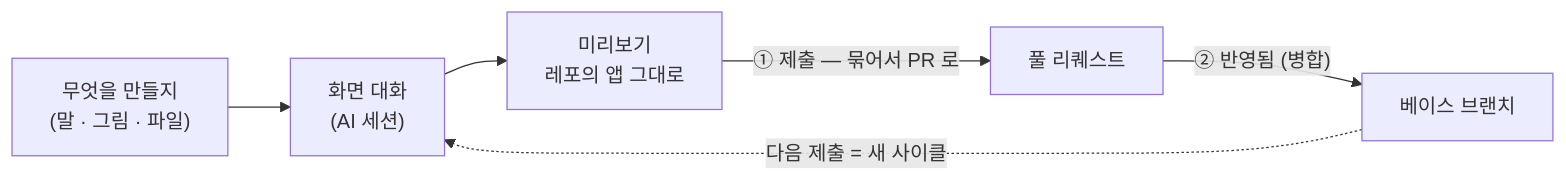
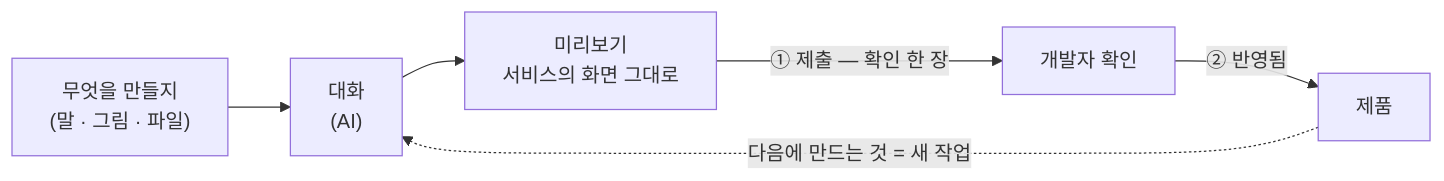
Before and after one commit to inkwonjung-colosseum/colo-design: the first of 2 diagrams in README.md, drawn with Mermaid. The commit also changed other lines of this file and 131 other files, not shown here.

````diff
--- a/README.md
+++ b/README.md
@@ -69,8 +67,8 @@
 ```mermaid
 flowchart LR
-    ask["무엇을 만들지<br/>(말 · 그림 · 파일)"] --> chat["화면 대화<br/>(AI 세션)"]
-    chat --> preview["미리보기<br/>레포의 앱 그대로"]
-    preview -->|"① 제출 — 묶어서 PR 로"| pr["풀 리퀘스트"]
-    pr -->|"② 반영됨 (병합)"| base["베이스 브랜치"]
-    base -.->|"다음 제출 = 새 사이클"| chat
+    ask["무엇을 만들지<br/>(말 · 그림 · 파일)"] --> chat["대화<br/>(AI)"]
+    chat --> preview["미리보기<br/>서비스의 화면 그대로"]
+    preview -->|"① 제출 — 확인 한 장"| dev["개발자 확인"]
+    dev -->|"② 반영됨"| base["제품"]
+    base -.->|"다음에 만드는 것 = 새 작업"| chat
 ```
````
